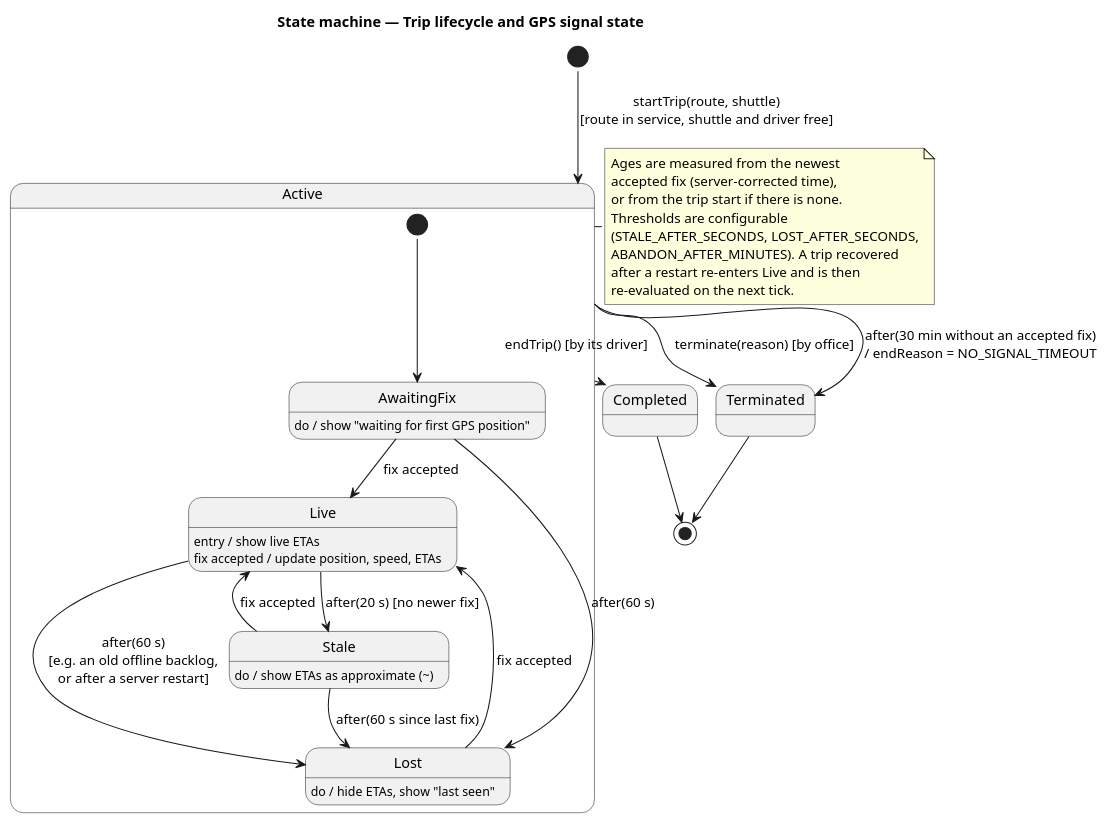
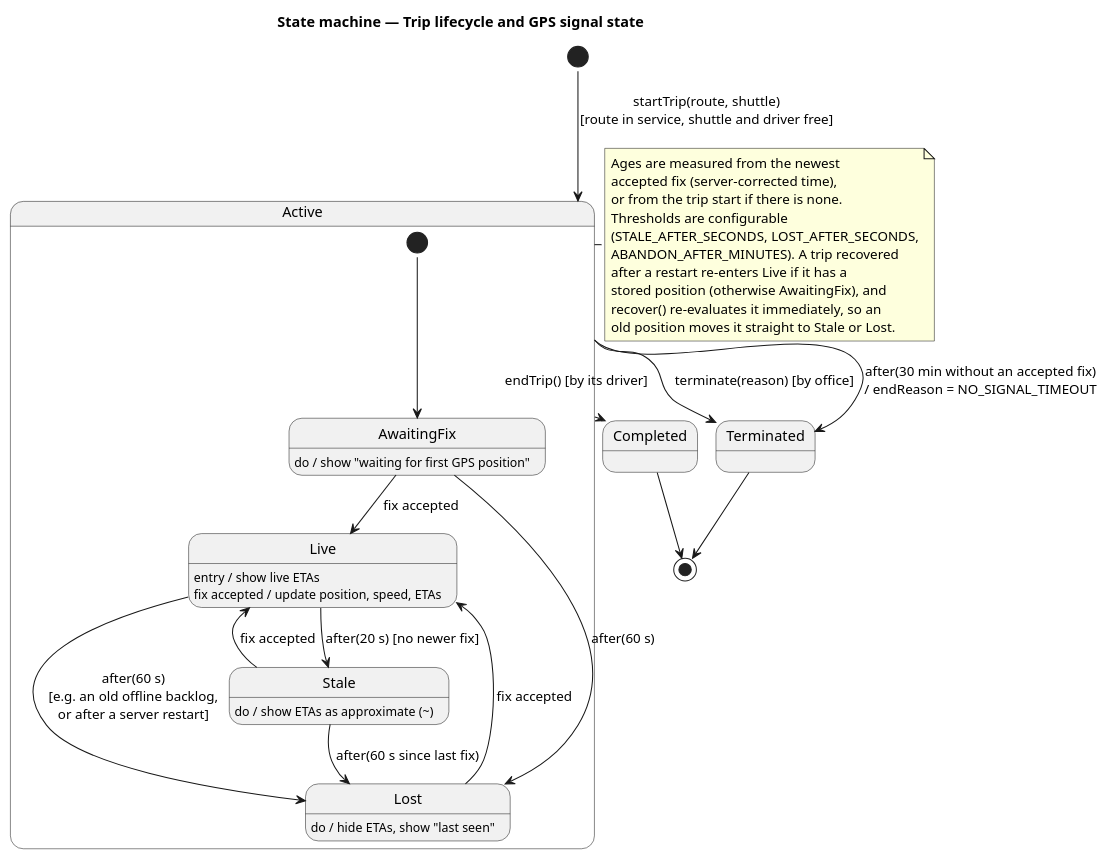
One commit to abdullahshammari796-ctrl/CampusShuttle changed the diagram in docs/uml/05-state-machine-trip.puml. Above: the diagram before and after it, drawn with PlantUML. The commit also changed 14 other files, not shown here.

First line of the commit message:
docs(uml): correct 10 diagram sources after a second member-by-member comparison

```diff
--- a/docs/uml/05-state-machine-trip.puml
+++ b/docs/uml/05-state-machine-trip.puml
@@ -1,42 +1,44 @@
 @startuml 05-state-machine-trip
 !pragma layout smetana
 skinparam shadowing false
 skinparam defaultFontName Arial
 title State machine — Trip lifecycle and GPS signal state
 
 [*] --> Active : startTrip(route, shuttle)\n[route in service, shuttle and driver free]
 
 state Active {
   [*] --> AwaitingFix
   AwaitingFix : do / show "waiting for first GPS position"
   Live : entry / show live ETAs
   Live : fix accepted / update position, speed, ETAs
   Stale : do / show ETAs as approximate (~)
   Lost : do / hide ETAs, show "last seen"
 
   AwaitingFix --> Live : fix accepted
   AwaitingFix --> Lost : after(60 s)
   Live --> Stale : after(20 s) [no newer fix]
   Live --> Lost : after(60 s)\n[e.g. an old offline backlog,\nor after a server restart]
   Stale --> Lost : after(60 s since last fix)
   Stale --> Live : fix accepted
   Lost --> Live : fix accepted
 }
 
 Active --> Completed : endTrip() [by its driver]
 Active --> Terminated : terminate(reason) [by office]
 Active --> Terminated : after(30 min without an accepted fix)\n/ endReason = NO_SIGNAL_TIMEOUT
 Completed --> [*]
 Terminated --> [*]
 
 note right of Active
   Ages are measured from the newest
   accepted fix (server-corrected time),
   or from the trip start if there is none.
   Thresholds are configurable
   (STALE_AFTER_SECONDS, LOST_AFTER_SECONDS,
   ABANDON_AFTER_MINUTES). A trip recovered
-  after a restart re-enters Live and is then
-  re-evaluated on the next tick.
+  after a restart re-enters Live if it has a
+  stored position (otherwise AwaitingFix), and
+  recover() re-evaluates it immediately, so an
+  old position moves it straight to Stale or Lost.
 end note
 @enduml
```
